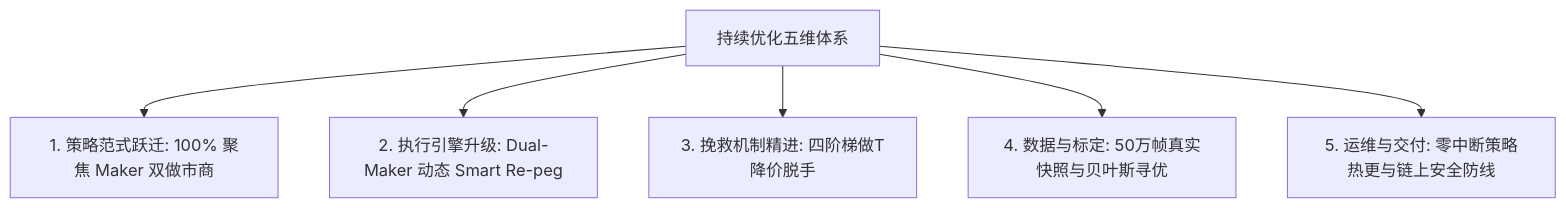
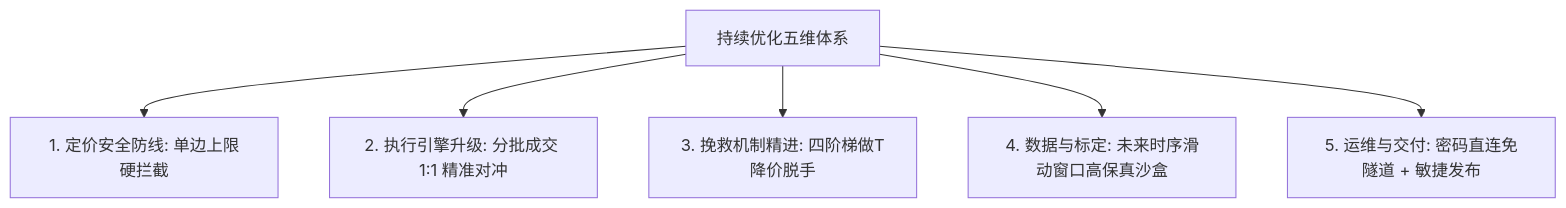
The diagram in doc/OPTIMIZATION_PLAYBOOK.md (jiyaoghl/polymarket-fsm-arbitrage), drawn with Mermaid before and after one commit. The commit also changed other lines of this file and 2 other files, not shown here.

````diff
--- a/doc/OPTIMIZATION_PLAYBOOK.md
+++ b/doc/OPTIMIZATION_PLAYBOOK.md
@@ -110,8 +118,8 @@
 ```mermaid
 graph TD
-    A[持续优化五维体系] --> B[1. 策略范式跃迁: 100% 聚焦 Maker 双做市商]
-    A --> C[2. 执行引擎升级: Dual-Maker 动态 Smart Re-peg]
+    A[持续优化五维体系] --> B[1. 定价安全防线: 单边上限硬拦截]
+    A --> C[2. 执行引擎升级: 分批成交 1:1 精准对冲]
     A --> D[3. 挽救机制精进: 四阶梯做T降价脱手]
-    A --> E[4. 数据与标定: 50万帧真实快照与贝叶斯寻优]
-    A --> F[5. 运维与交付: 零中断策略热更与链上安全防线]
+    A --> E[4. 数据与标定: 未来时序滑动窗口高保真沙盒]
+    A --> F[5. 运维与交付: 密码直连免隧道 + 敏捷发布]
 ```
````
